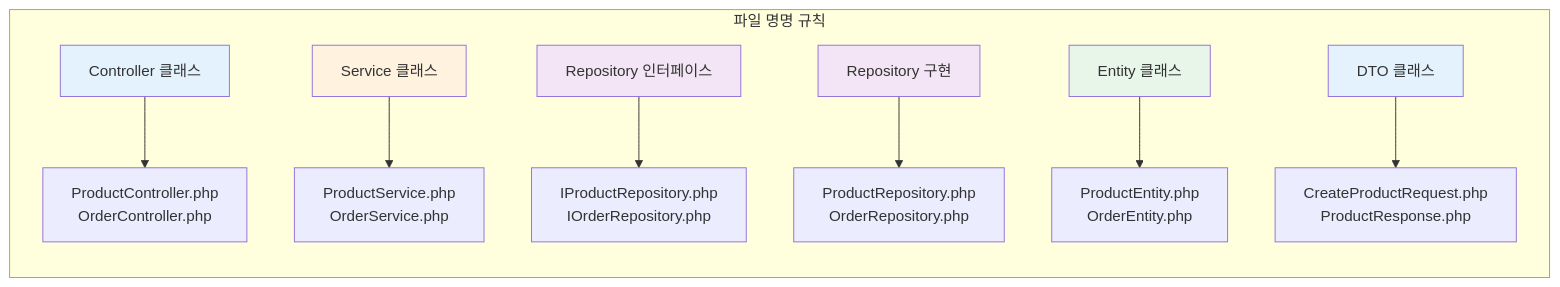
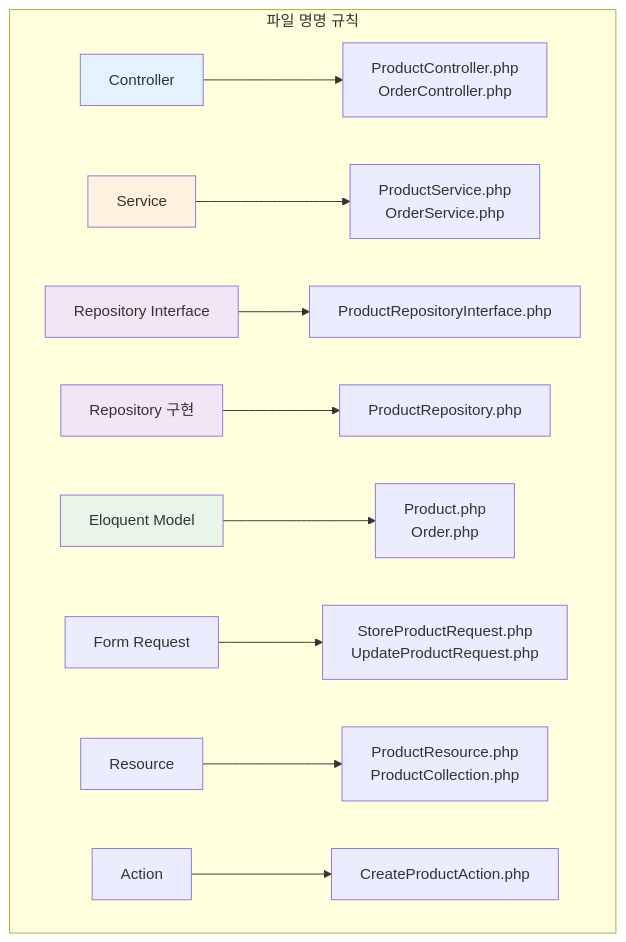
One commit to shaul1991/study-architecture changed the eighth of 9 diagrams in architecture/layered/php/README.md. Above: the diagram before and after it, drawn with Mermaid. The commit also changed other lines of this file and 1 other file, not shown here.

````diff
--- a/architecture/layered/php/README.md
+++ b/architecture/layered/php/README.md
@@ -465,18 +767,19 @@
 ```mermaid
-graph LR
+graph TB
     subgraph "파일 명명 규칙"
-        A[Controller 클래스] --> A1[ProductController.php<br/>OrderController.php]
-        B[Service 클래스] --> B1[ProductService.php<br/>OrderService.php]
-        C[Repository 인터페이스] --> C1[IProductRepository.php<br/>IOrderRepository.php]
-        D[Repository 구현] --> D1[ProductRepository.php<br/>OrderRepository.php]
-        E[Entity 클래스] --> E1[ProductEntity.php<br/>OrderEntity.php]
-        F[DTO 클래스] --> F1[CreateProductRequest.php<br/>ProductResponse.php]
+        A[Controller] --> A1[ProductController.php<br/>OrderController.php]
+        B[Service] --> B1[ProductService.php<br/>OrderService.php]
+        C[Repository Interface] --> C1[ProductRepositoryInterface.php]
+        D[Repository 구현] --> D1[ProductRepository.php]
+        E[Eloquent Model] --> E1[Product.php<br/>Order.php]
+        F[Form Request] --> F1[StoreProductRequest.php<br/>UpdateProductRequest.php]
+        G[Resource] --> G1[ProductResource.php<br/>ProductCollection.php]
+        H[Action] --> H1[CreateProductAction.php]
     end
 
     style A fill:#e3f2fd
     style B fill:#fff3e0
     style C fill:#f3e5f5
     style D fill:#f3e5f5
     style E fill:#e8f5e9
-    style F fill:#e3f2fd
 ```
````
